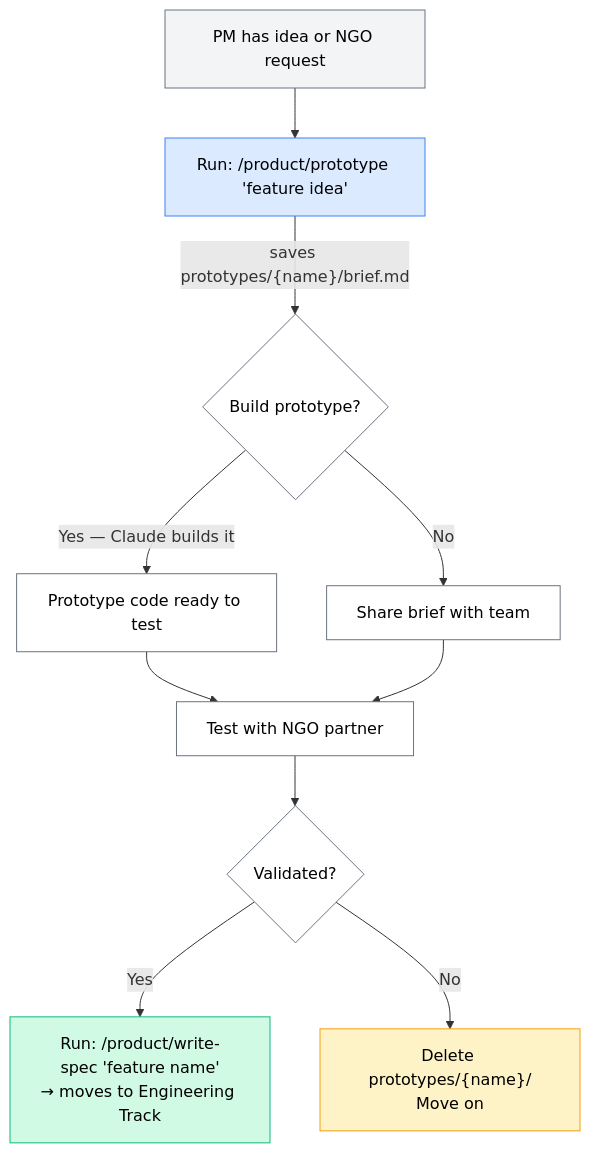
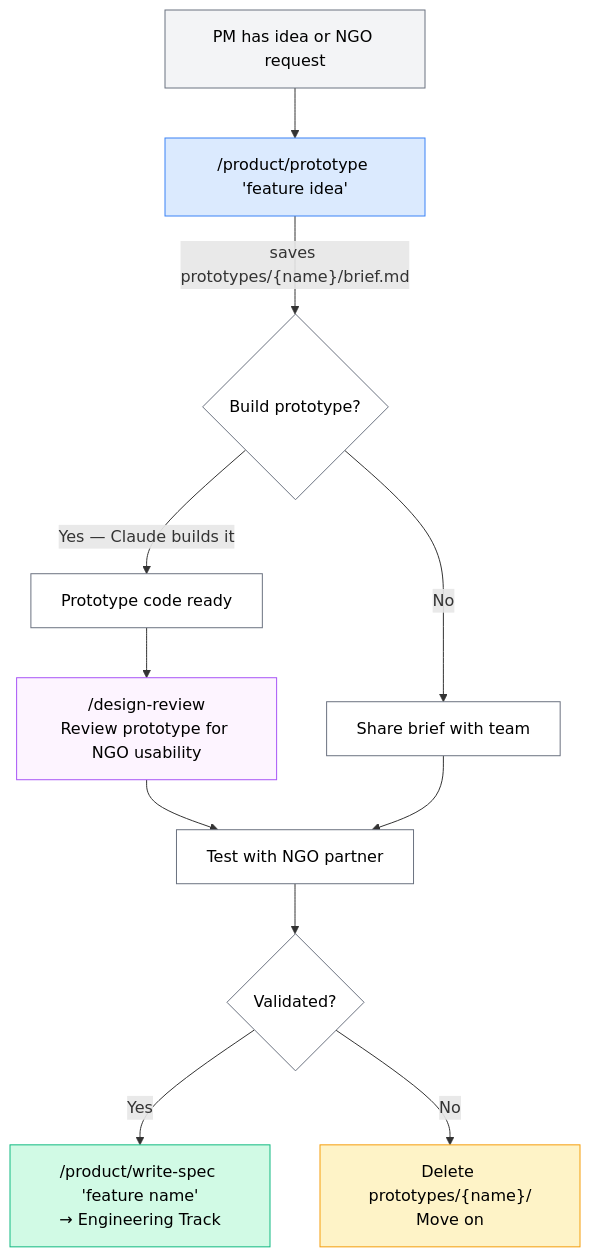
Before and after one commit to DalgoT4D/dalgo-core: the first of 2 diagrams in README.md, drawn with Mermaid. The commit also changed other lines of this file, not shown here.

Commit message:
improvements to workflow

````diff
--- a/README.md
+++ b/README.md
@@ -55,22 +56,24 @@
 ```mermaid
 flowchart TD
-    A["PM has idea or NGO request"] --> B["Run: /product/prototype 'feature idea'"]
+    A["PM has idea or NGO request"] --> B["/product/prototype 'feature idea'"]
     B --> |"saves prototypes/{name}/brief.md"| C{"Build prototype?"}
-    C --> |"Yes — Claude builds it"| D["Prototype code ready to test"]
+    C --> |"Yes — Claude builds it"| D["Prototype code ready"]
     C --> |"No"| E["Share brief with team"]
-    D --> F["Test with NGO partner"]
+    D --> DR["/design-review\nReview prototype for NGO usability"]
+    DR --> F["Test with NGO partner"]
     E --> F
     F --> G{Validated?}
-    G --> |"Yes"| H["Run: /product/write-spec 'feature name'\n→ moves to Engineering Track"]
+    G --> |"Yes"| H["/product/write-spec 'feature name'\n→ Engineering Track"]
     G --> |"No"| I["Delete prototypes/{name}/\nMove on"]
 
     style A fill:#f3f4f6,stroke:#6b7280,color:#000
     style B fill:#dbeafe,stroke:#3b82f6,color:#000
     style C fill:#fff,stroke:#6b7280,color:#000
     style D fill:#fff,stroke:#6b7280,color:#000
+    style DR fill:#fdf4ff,stroke:#a855f7,color:#000
     style E fill:#fff,stroke:#6b7280,color:#000
     style F fill:#fff,stroke:#6b7280,color:#000
     style G fill:#fff,stroke:#6b7280,color:#000
     style H fill:#d1fae5,stroke:#10b981,color:#000
     style I fill:#fef3c7,stroke:#f59e0b,color:#000
 ```
````
